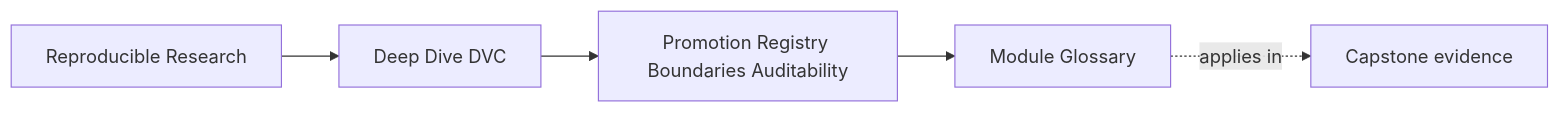
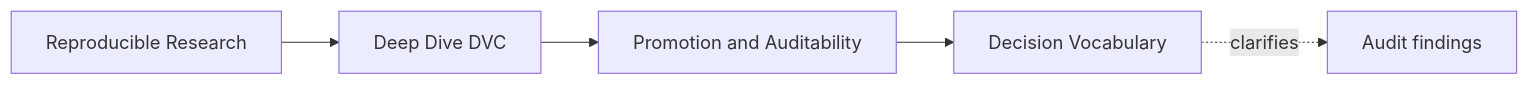
One commit to bijux/bijux-masterclass changed the first of 2 diagrams in programs/reproducible-research/deep-dive-dvc/course-book/module-09-promotion-registry-boundaries-auditability/glossary.md. Above: the diagram before and after it, drawn with Mermaid. The commit also changed other lines of this file, not shown here.

Commit message:
docs(dvc): distinguish promotion decision vocabulary

````diff
--- a/programs/reproducible-research/deep-dive-dvc/course-book/module-09-promotion-registry-boundaries-auditability/glossary.md
+++ b/programs/reproducible-research/deep-dive-dvc/course-book/module-09-promotion-registry-boundaries-auditability/glossary.md
@@ -7,11 +5,11 @@
 ```mermaid
 graph LR
   family["Reproducible Research"]
   program["Deep Dive DVC"]
-  section["Promotion Registry Boundaries Auditability"]
-  page["Module Glossary"]
-  capstone["Capstone evidence"]
+  section["Promotion and Auditability"]
+  page["Decision Vocabulary"]
+  evidence["Audit findings"]
 
   family --> program --> section --> page
-  page -.applies in.-> capstone
+  page -.clarifies.-> evidence
 ```
````
